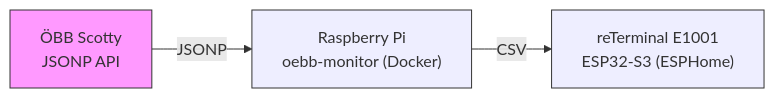
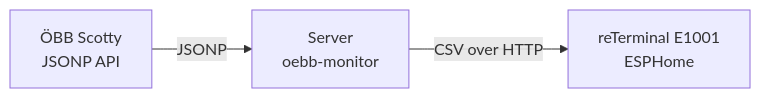
One commit to neuos/epaper-monitor changed the diagram in readme.md. Above: the diagram before and after it, drawn with Mermaid. The commit also changed other lines of this file and 2 other files, not shown here.

````diff
--- a/readme.md
+++ b/readme.md
@@ -11,14 +11,9 @@
 ```mermaid
 flowchart LR
   OEBB["ÖBB Scotty<br/>JSONP API"]
-  Pi["Raspberry Pi<br/>oebb-monitor (Docker)"]
-  ESP["reTerminal E1001<br/>ESP32-S3 (ESPHome)"]
+  Server["Server<br/>oebb-monitor"]
+  Device["reTerminal E1001<br/>ESPHome"]
 
-  OEBB -->|JSONP| Pi
-  Pi -->|CSV| ESP
-
-  classDef ext fill:#f9f,stroke:#333,stroke-width:1px;
-  classDef infra fill:#eef,stroke:#333,stroke-width:1px;
-  class OEBB ext;
-  class Pi,ESP infra;
+  OEBB -->|JSONP| Server
+  Server -->|CSV over HTTP| Device
 ```
````
